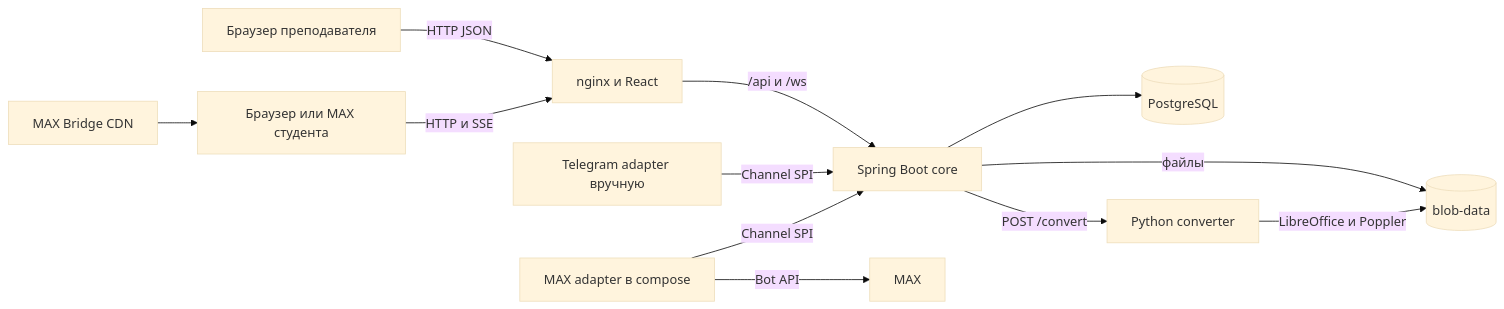
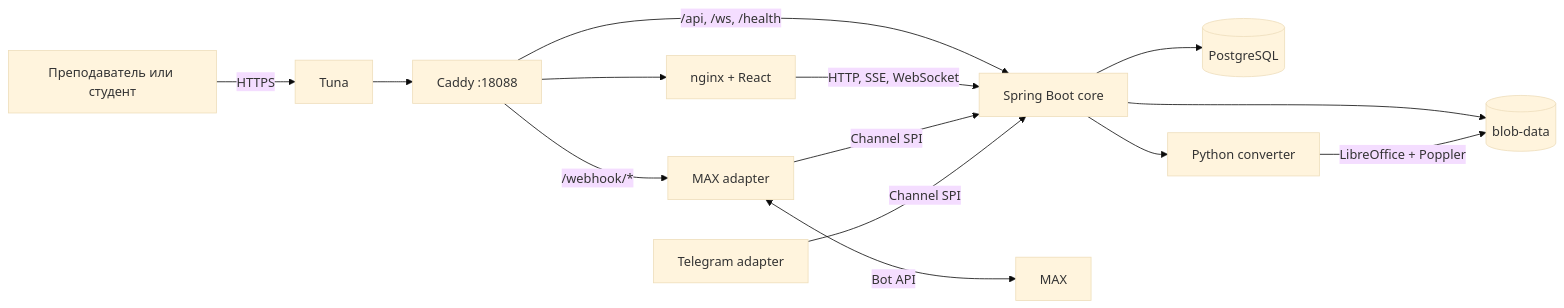
One commit to MrHolly0/lecturer-assistant-v2 changed the diagram in README.md. Above: the diagram before and after it, drawn with Mermaid (base theme). The commit also changed other lines of this file and 4 other files, not shown here.

````diff
--- a/README.md
+++ b/README.md
@@ -35,14 +28,16 @@
 ```mermaid
 flowchart LR
-    B[Браузер преподавателя] -->|HTTP JSON| W[nginx и React]
-    S[Браузер или MAX студента] -->|HTTP и SSE| W
-    W -->|/api и /ws| C[Spring Boot core]
+    U[Преподаватель или студент] -->|HTTPS| T[Tuna]
+    T --> D[Caddy :18088]
+    D --> W[nginx + React]
+    D -->|/api, /ws, /health| C[Spring Boot core]
+    D -->|/webhook/*| M[MAX adapter]
+    W -->|HTTP, SSE, WebSocket| C
     C --> P[(PostgreSQL)]
-    C -->|файлы| V[(blob-data)]
-    C -->|POST /convert| R[Python converter]
-    R -->|LibreOffice и Poppler| V
-    T[Telegram adapter вручную] -->|Channel SPI| C
-    A[MAX adapter в compose] -->|Channel SPI| C
-    A -->|Bot API| X[MAX]
-    M[MAX Bridge CDN] --> S
+    C --> V[(blob-data)]
+    C --> R[Python converter]
+    R -->|LibreOffice + Poppler| V
+    M <-->|Bot API| X[MAX]
+    M -->|Channel SPI| C
+    G[Telegram adapter] -->|Channel SPI| C
 ```
````
